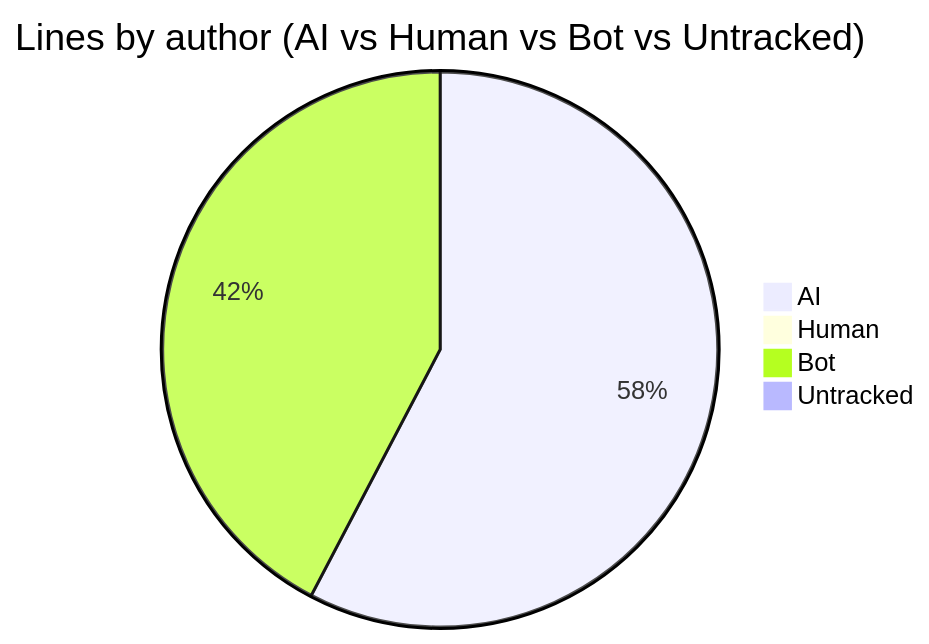
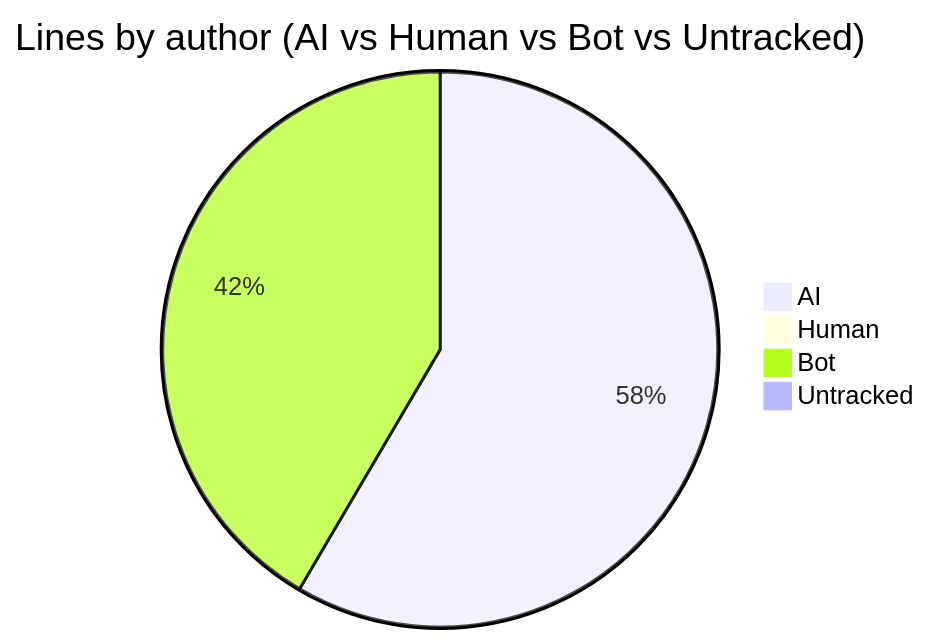
The first of 2 diagrams in AI-AUTHORSHIP.md (CaliMark/ai-authorship), drawn with Mermaid before and after one commit. The commit also changed other lines of this file and 1 other file, not shown here.

````diff
--- a/AI-AUTHORSHIP.md
+++ b/AI-AUTHORSHIP.md
@@ -20,7 +20,7 @@
 ```mermaid
 pie title Lines by author (AI vs Human vs Bot vs Untracked)
-    "AI" : 2309
+    "AI" : 2383
     "Human" : 0
     "Bot" : 1694
     "Untracked" : 0
 ```
````
